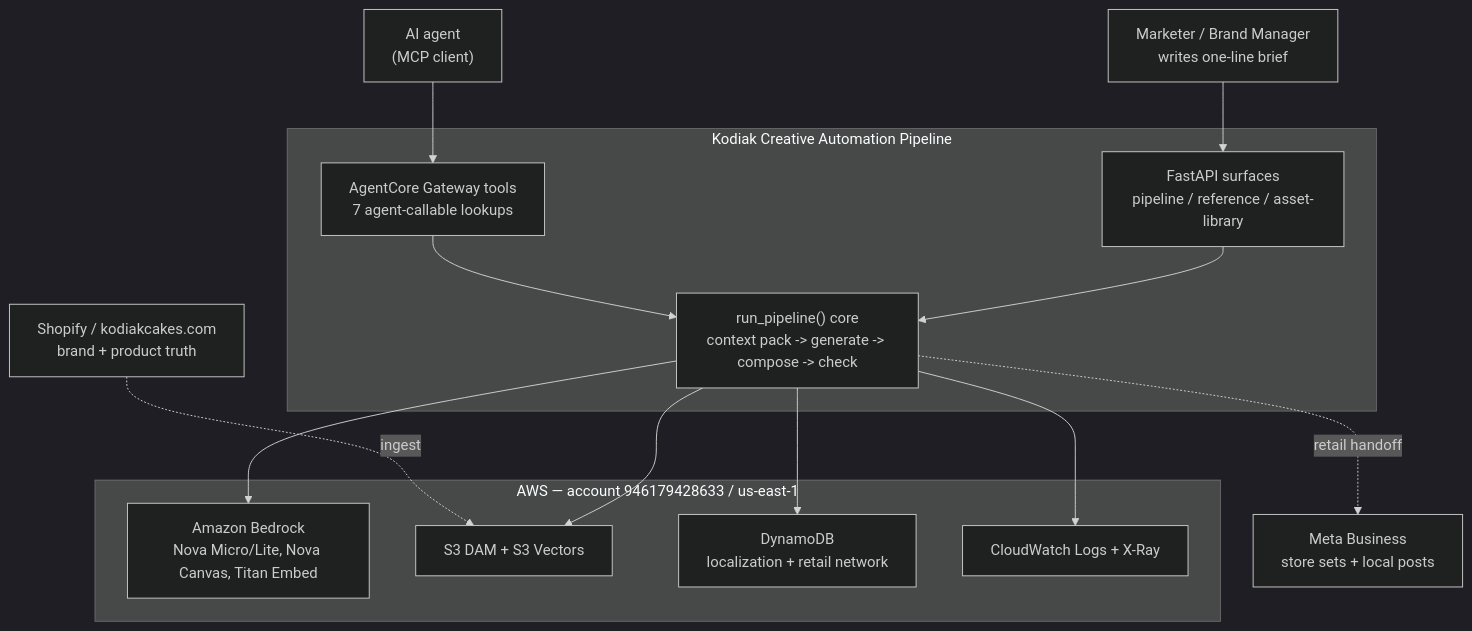
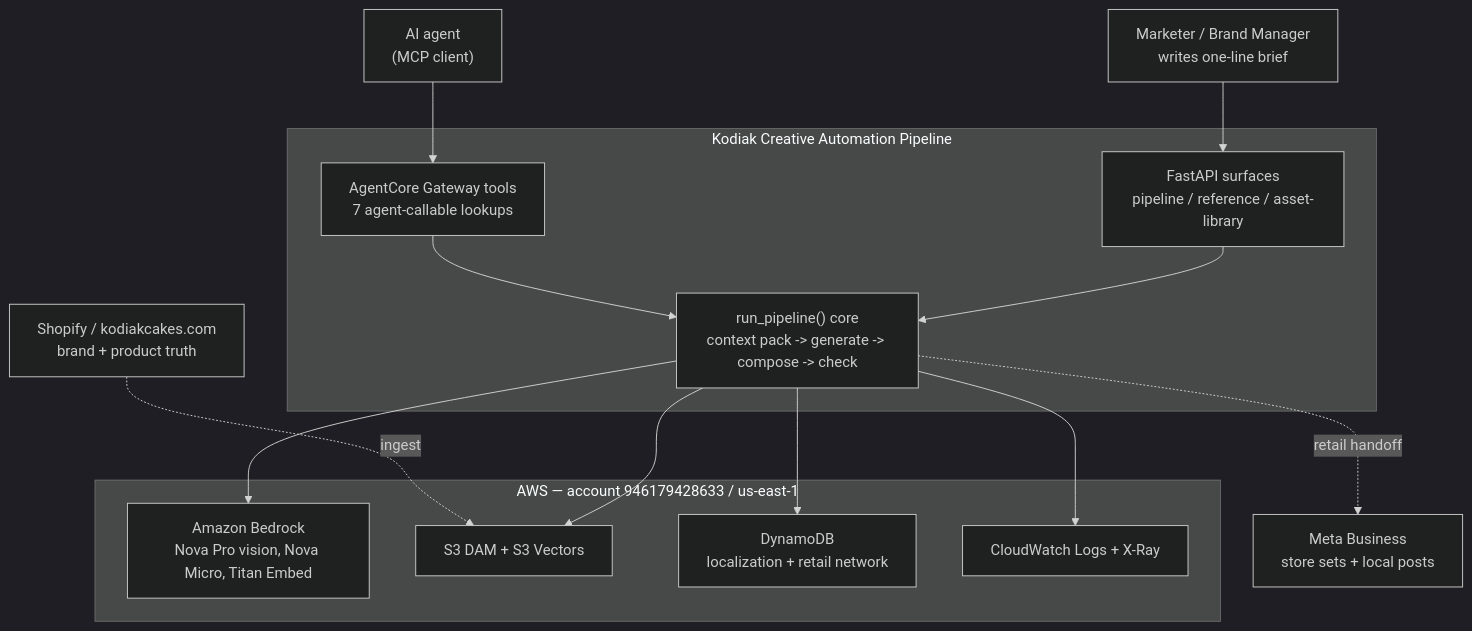
The first of 6 diagrams in docs/architecture/SYSTEM-OVERVIEW.md (chasko-labs/creative-automation-pipeline), drawn with Mermaid (dark theme) before and after one commit. The commit also changed other lines of this file and 2 other files, not shown here.

Commit message:
docs: reframe image pipeline around Nova models + RAG grounding (drop Canvas-retired hedging)

````diff
--- a/docs/architecture/SYSTEM-OVERVIEW.md
+++ b/docs/architecture/SYSTEM-OVERVIEW.md
@@ -37,32 +37,32 @@
 ```mermaid
 flowchart TB
     Marketer["Marketer / Brand Manager<br/>writes one-line brief"]
     Agent["AI agent<br/>(MCP client)"]
 
     subgraph System["Kodiak Creative Automation Pipeline"]
         Core["run_pipeline() core<br/>context pack -> generate -> compose -> check"]
         APIs["FastAPI surfaces<br/>pipeline / reference / asset-library"]
         Gateway["AgentCore Gateway tools<br/>7 agent-callable lookups"]
     end
 
     subgraph AWS["AWS — account 946179428633 / us-east-1"]
-        Bedrock["Amazon Bedrock<br/>Nova Micro/Lite, Nova Canvas, Titan Embed"]
+        Bedrock["Amazon Bedrock<br/>Nova Pro vision, Nova Micro, Titan Embed"]
         S3["S3 DAM + S3 Vectors"]
         DDB["DynamoDB<br/>localization + retail network"]
         Obs["CloudWatch Logs + X-Ray"]
     end
 
     Meta["Meta Business<br/>store sets + local posts"]
     Shopify["Shopify / kodiakcakes.com<br/>brand + product truth"]
 
     Marketer --> APIs
     Agent --> Gateway
     APIs --> Core
     Gateway --> Core
     Core --> Bedrock
     Core --> S3
     Core --> DDB
     Core --> Obs
     Core -.retail handoff.-> Meta
     Shopify -.ingest.-> S3
 ```
````
